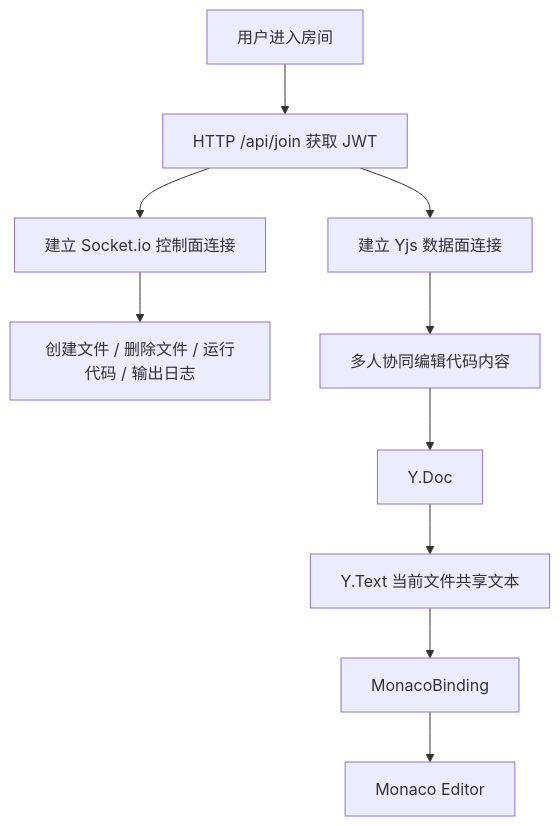
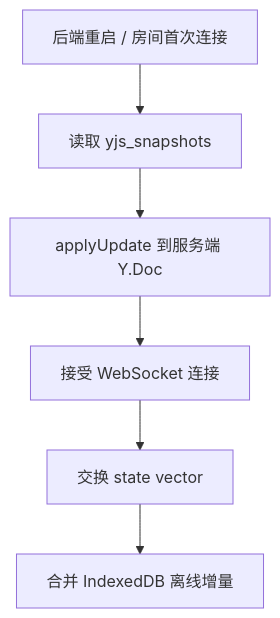
The third of 3 diagrams in README.md (lzx-user/web-ide-project), drawn with Mermaid before and after one commit. The commit also changed other lines of this file and 3 other files, not shown here.

````diff
--- a/README.md
+++ b/README.md
@@ -224,14 +51,8 @@
 ```mermaid
 flowchart TD
-  A[用户进入房间] --> B[HTTP /api/join 获取 JWT]
-  B --> C[建立 Socket.io 控制面连接]
-  B --> D[建立 Yjs 数据面连接]
-
-  C --> E[创建文件 / 删除文件 / 运行代码 / 输出日志]
-  D --> F[多人协同编辑代码内容]
-
-  F --> G[Y.Doc]
-  G --> H[Y.Text 当前文件共享文本]
-  H --> I[MonacoBinding]
-  I --> J[Monaco Editor]
+  R[后端重启 / 房间首次连接] --> L[读取 yjs_snapshots]
+  L --> A[applyUpdate 到服务端 Y.Doc]
+  A --> H[接受 WebSocket 连接]
+  H --> V[交换 state vector]
+  V --> M[合并 IndexedDB 离线增量]
 ```
````
